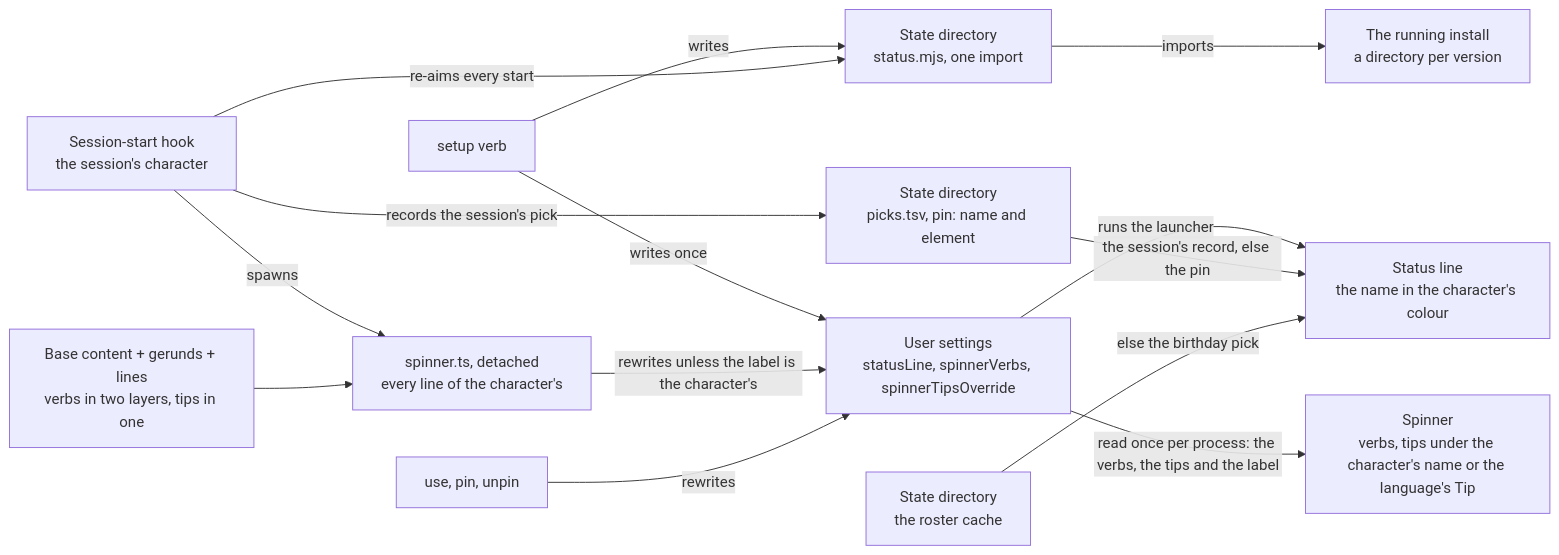
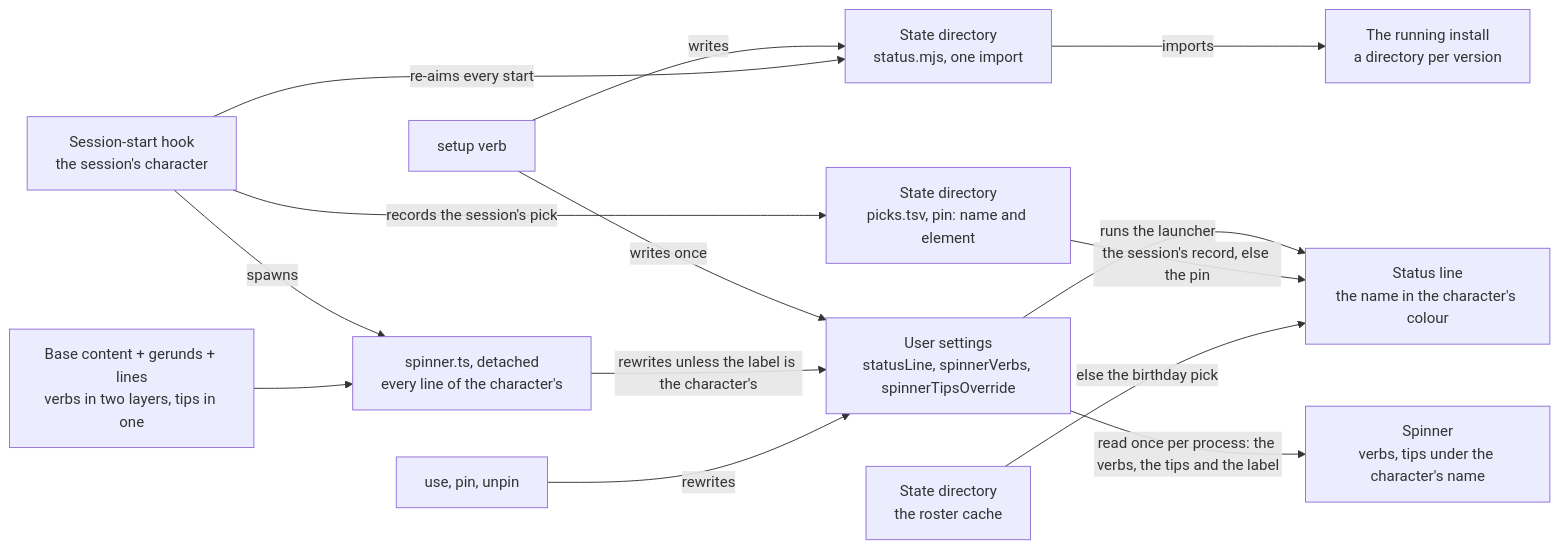
Before and after one commit to Esposter/Esposter: the sixth of 6 diagrams in apps/web/content/docs/infra/claude-interface/persona-plugin.md, drawn with Mermaid. The commit also changed other lines of this file and 20 other files, not shown here.

First line of the commit message:
refactor(genshin-persona): the authored base tips go — a character with no lines shows their own one-line description, and the language modules keep verbs alone

````diff
--- a/apps/web/content/docs/infra/claude-interface/persona-plugin.md
+++ b/apps/web/content/docs/infra/claude-interface/persona-plugin.md
@@ -263,28 +263,28 @@
 ```mermaid
 flowchart LR
     Setup["setup verb"]
     Hook["Session-start hook<br/>the session's character"]
     Content["Base content + gerunds + lines<br/>verbs in two layers, tips in one"]
     Script["spinner.ts, detached<br/>every line of the character's"]
     Settings["User settings<br/>statusLine, spinnerVerbs, spinnerTipsOverride"]
     Launcher["State directory<br/>status.mjs, one import"]
     Install["The running install<br/>a directory per version"]
     Records["State directory<br/>picks.tsv, pin: name and element"]
-    Spinner["Spinner<br/>verbs, tips under the character's name or the language's Tip"]
+    Spinner["Spinner<br/>verbs, tips under the character's name"]
     Line["Status line<br/>the name in the character's colour"]
 
     Setup -->|writes once| Settings
     Setup -->|writes| Launcher
     Hook -->|re-aims every start| Launcher
     Hook -->|spawns| Script
     Content --> Script
     Script -->|rewrites unless the label is the character's| Settings
     Verb["use, pin, unpin"] -->|rewrites| Settings
     Launcher -->|imports| Install
     Settings -->|runs the launcher| Line
     Hook -->|records the session's pick| Records
     Cache["State directory<br/>the roster cache"]
     Records -->|the session's record, else the pin| Line
     Cache -->|else the birthday pick| Line
     Settings -->|read once per process: the verbs, the tips and the label| Spinner
 ```
````
